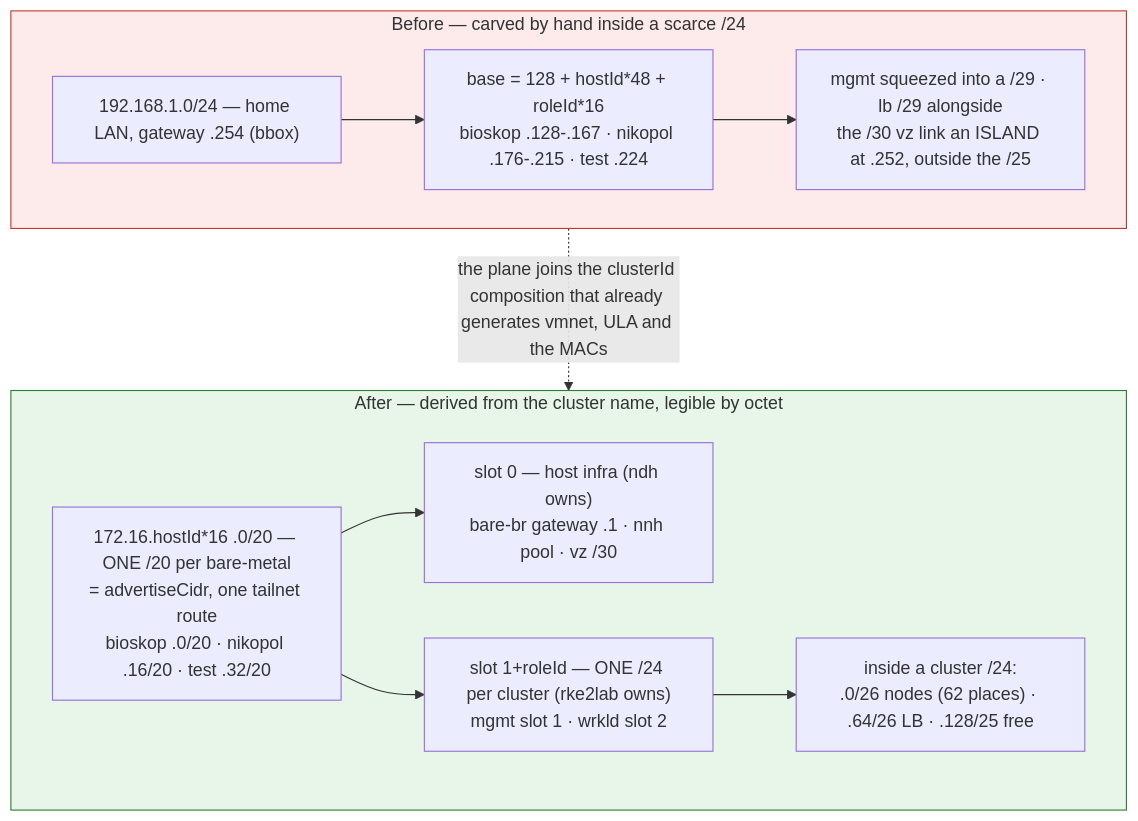
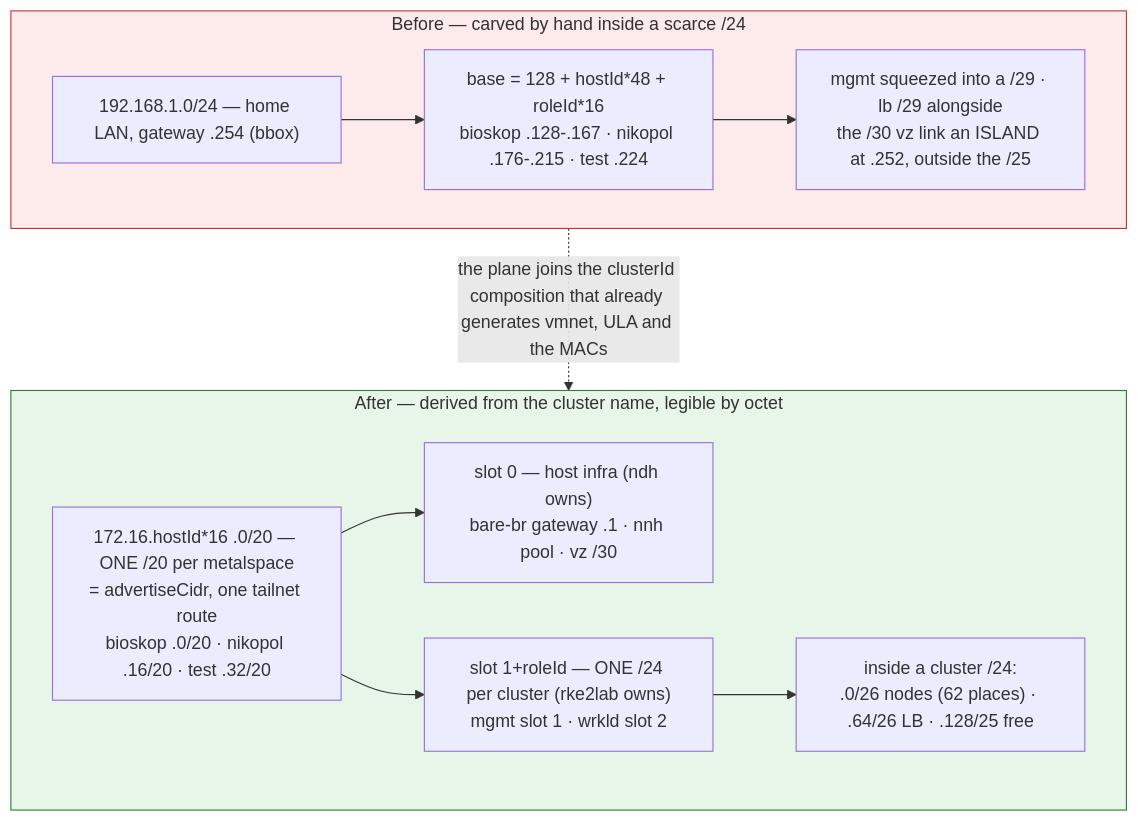
One commit to seedmatic/rke2lab changed the fourth of 5 diagrams in docs/architecture/atlas/netplan.adoc. Above: the diagram before and after it, drawn with Mermaid. The commit also changed other lines of this file and 32 other files, not shown here.

First line of the commit message:
docs(vocabulary): one precise term per role, as the operator decided on 2026-10-16

```diff
--- a/docs/architecture/atlas/netplan.adoc
+++ b/docs/architecture/atlas/netplan.adoc
@@ -170,22 +170,22 @@
 [mermaid]
 ----
 flowchart TB
   subgraph BEFORE[Before — carved by hand inside a scarce /24]
     b1["192.168.1.0/24 — home LAN, gateway .254 (bbox)"]
     b2["base = 128 + hostId*48 + roleId*16<br/>bioskop .128-.167 · nikopol .176-.215 · test .224"]
     b3["mgmt squeezed into a /29 · lb /29 alongside<br/>the /30 vz link an ISLAND at .252, outside the /25"]
     b1 --> b2 --> b3
   end
   subgraph AFTER[After — derived from the cluster name, legible by octet]
-    a1["172.16.hostId*16 .0/20 — ONE /20 per bare-metal<br/>= advertiseCidr, one tailnet route<br/>bioskop .0/20 · nikopol .16/20 · test .32/20"]
+    a1["172.16.hostId*16 .0/20 — ONE /20 per metalspace<br/>= advertiseCidr, one tailnet route<br/>bioskop .0/20 · nikopol .16/20 · test .32/20"]
     a2["slot 0 — host infra (ndh owns)<br/>bare-br gateway .1 · nnh pool · vz /30"]
     a3["slot 1+roleId — ONE /24 per cluster (rke2lab owns)<br/>mgmt slot 1 · wrkld slot 2"]
     a4["inside a cluster /24:<br/>.0/26 nodes (62 places) · .64/26 LB · .128/25 free"]
     a1 --> a2
     a1 --> a3 --> a4
   end
   BEFORE -.the plane joins the clusterId composition that already generates vmnet, ULA and the MACs.-> AFTER
 
   style BEFORE fill:#fdeaea,stroke:#c0392b
   style AFTER fill:#e8f5e9,stroke:#2e7d32
 ----
```
